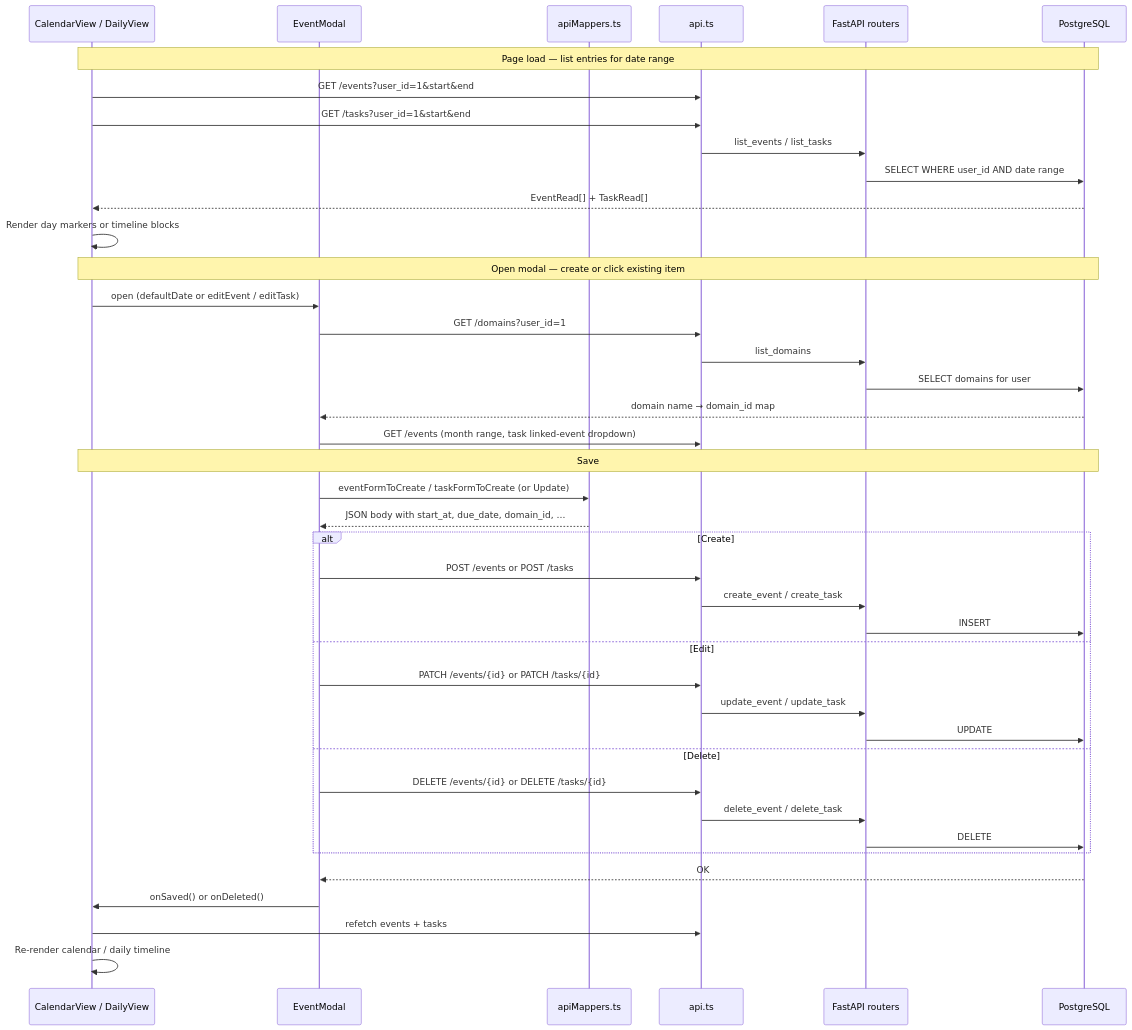
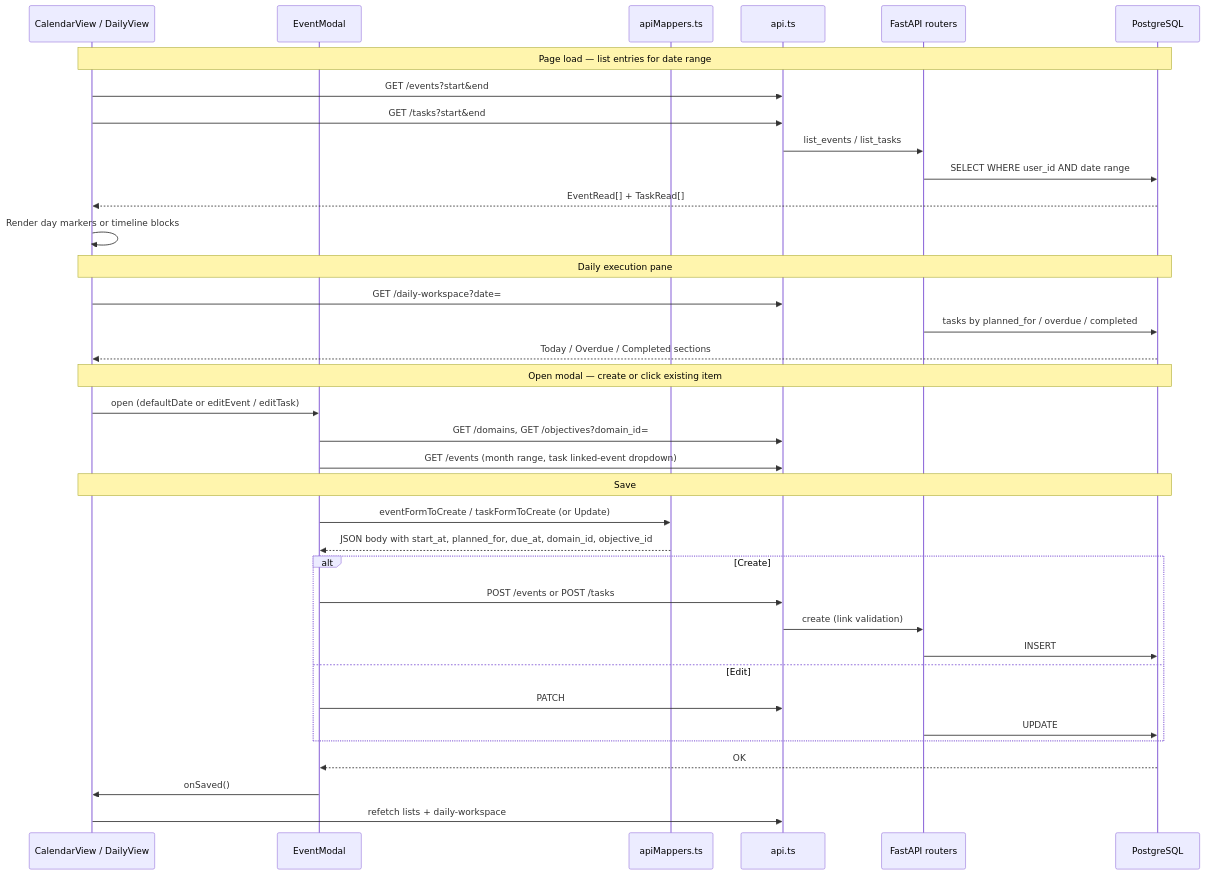
Before and after one commit to Trevor5008/Palander: the second of 3 diagrams in docs/data-flow.md, drawn with Mermaid. The commit also changed other lines of this file and 41 other files, not shown here.

First line of the commit message:
Release 0.11.0: Objective-aware daily execution

````diff
--- a/docs/data-flow.md
+++ b/docs/data-flow.md
@@ -57,46 +69,42 @@
 ```mermaid
 sequenceDiagram
   participant View as CalendarView / DailyView
   participant Modal as EventModal
   participant Mappers as apiMappers.ts
   participant API as api.ts
   participant BE as FastAPI routers
   participant DB as PostgreSQL
 
   Note over View,DB: Page load — list entries for date range
-  View->>API: GET /events?user_id=1&start&end
-  View->>API: GET /tasks?user_id=1&start&end
+  View->>API: GET /events?start&end
+  View->>API: GET /tasks?start&end
   API->>BE: list_events / list_tasks
   BE->>DB: SELECT WHERE user_id AND date range
   DB-->>View: EventRead[] + TaskRead[]
   View->>View: Render day markers or timeline blocks
 
+  Note over View,DB: Daily execution pane
+  View->>API: GET /daily-workspace?date=
+  BE->>DB: tasks by planned_for / overdue / completed
+  DB-->>View: Today / Overdue / Completed sections
+
   Note over View,DB: Open modal — create or click existing item
   View->>Modal: open (defaultDate or editEvent / editTask)
-  Modal->>API: GET /domains?user_id=1
-  API->>BE: list_domains
-  BE->>DB: SELECT domains for user
-  DB-->>Modal: domain name → domain_id map
+  Modal->>API: GET /domains, GET /objectives?domain_id=
   Modal->>API: GET /events (month range, task linked-event dropdown)
 
   Note over View,DB: Save
   Modal->>Mappers: eventFormToCreate / taskFormToCreate (or Update)
-  Mappers-->>Modal: JSON body with start_at, due_date, domain_id, …
+  Mappers-->>Modal: JSON body with start_at, planned_for, due_at, domain_id, objective_id
   alt Create
     Modal->>API: POST /events or POST /tasks
-    API->>BE: create_event / create_task
+    API->>BE: create (link validation)
     BE->>DB: INSERT
   else Edit
-    Modal->>API: PATCH /events/{id} or PATCH /tasks/{id}
-    API->>BE: update_event / update_task
+    Modal->>API: PATCH
     BE->>DB: UPDATE
-  else Delete
-    Modal->>API: DELETE /events/{id} or DELETE /tasks/{id}
-    API->>BE: delete_event / delete_task
-    BE->>DB: DELETE
   end
   DB-->>Modal: OK
-  Modal->>View: onSaved() or onDeleted()
-  View->>API: refetch events + tasks
-  View->>View: Re-render calendar / daily timeline
+  Modal->>View: onSaved()
+  View->>API: refetch lists + daily-workspace
 ```
````
